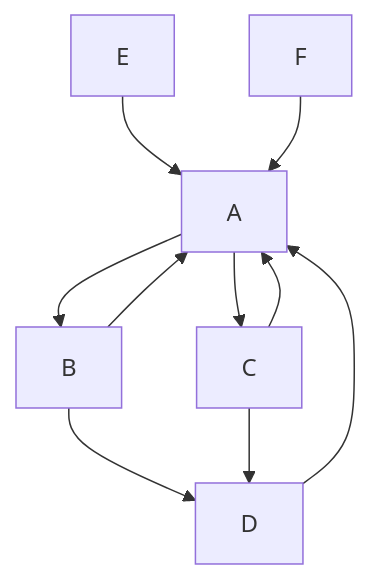
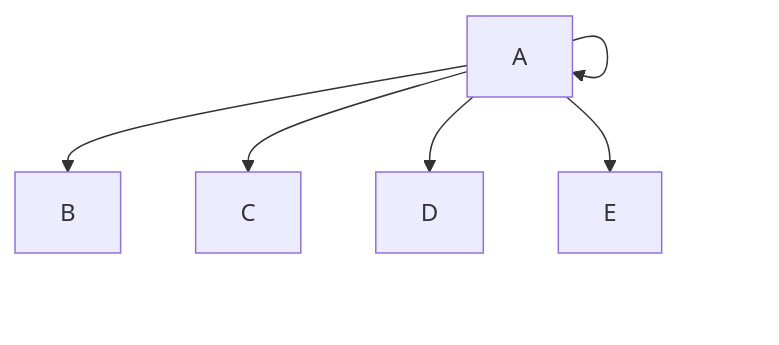
The diagram in docs/TODOLIST.md (Thesacraft/Time), drawn with Mermaid before and after one commit.

````diff
--- a/docs/TODOLIST.md
+++ b/docs/TODOLIST.md
@@ -17,12 +17,8 @@
 ```mermaid
 graph TD;
     A-->B;
     A-->C;
-    B-->D;
-    C-->D;
-    C-->A;
-    B-->A;
-    D-->A;
-    E-->A;
-    F-->A;
+    A-->D;
+    A-->E;
+    A-->A;
 ```
````
